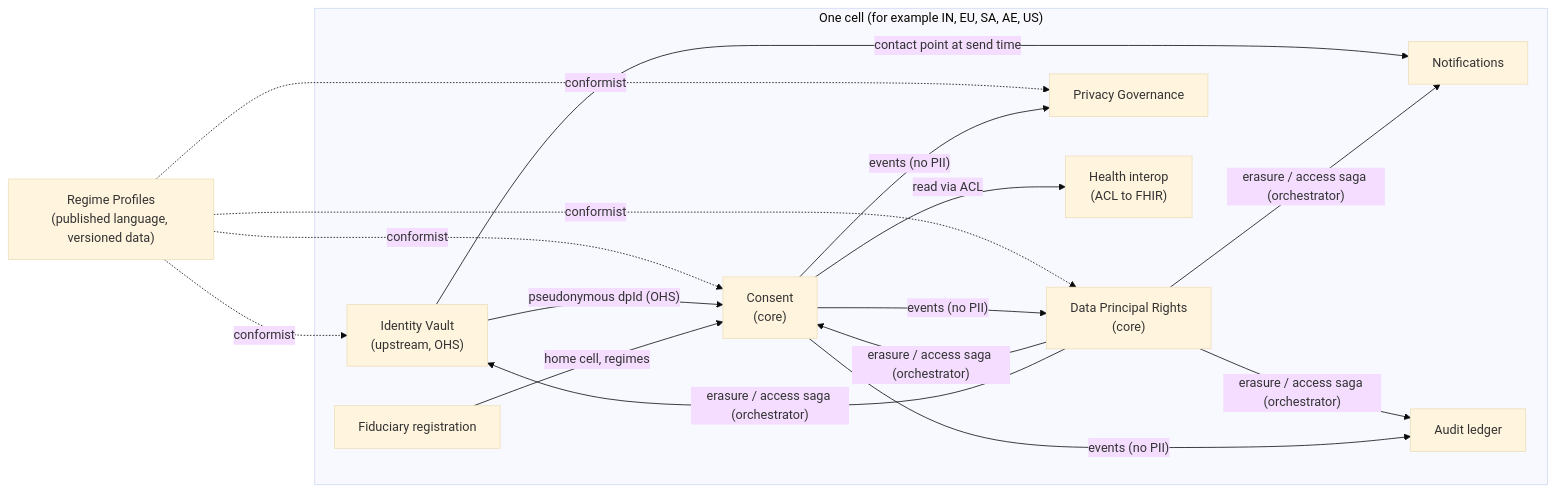
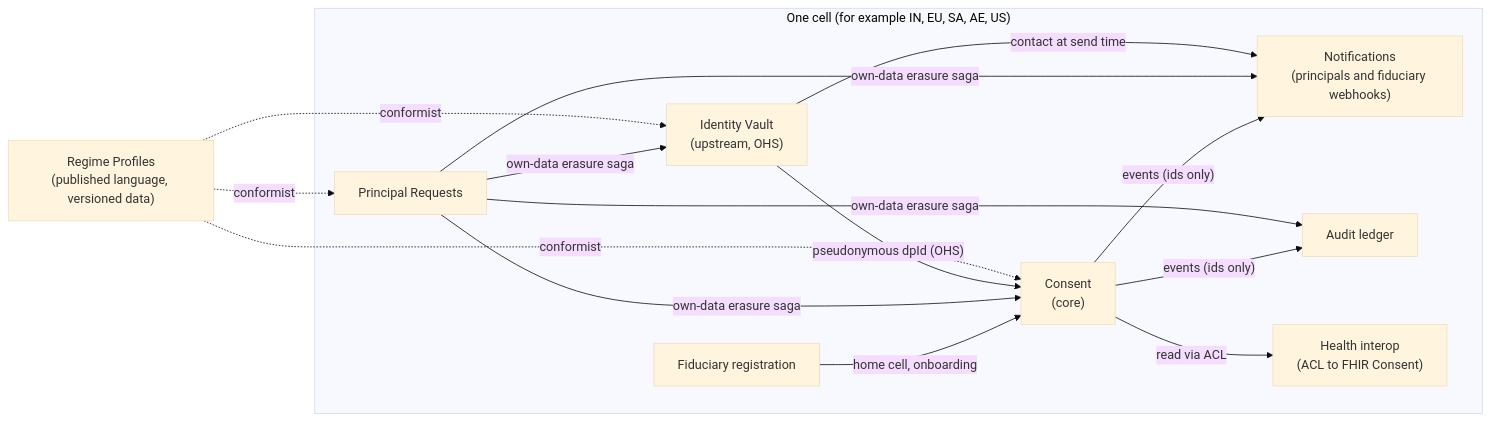
One commit to techeazyhq-cpu/consent-manager changed the first of 3 diagrams in docs/compliance/compliance-architecture.md. Above: the diagram before and after it, drawn with Mermaid (base theme). The commit also changed other lines of this file and 13 other files, not shown here.

````diff
--- a/docs/compliance/compliance-architecture.md
+++ b/docs/compliance/compliance-architecture.md
@@ -122,21 +139,20 @@
 ```mermaid
 flowchart LR
   subgraph Cell["One cell (for example IN, EU, SA, AE, US)"]
     VLT["Identity Vault<br/>(upstream, OHS)"]
     CNS["Consent<br/>(core)"]
-    DSR["Data Principal Rights<br/>(core)"]
-    GOV["Privacy Governance"]
-    NTF["Notifications"]
+    REQ["Principal Requests"]
+    NTF["Notifications<br/>(principals and fiduciary webhooks)"]
     AUD["Audit ledger"]
-    FHIR["Health interop<br/>(ACL to FHIR)"]
+    FHIR["Health interop<br/>(ACL to FHIR Consent)"]
     DFR["Fiduciary registration"]
   end
   REG["Regime Profiles<br/>(published language, versioned data)"]
-  REG -. conformist .-> CNS & DSR & GOV & VLT
+  REG -. conformist .-> CNS & REQ & VLT
   VLT -- "pseudonymous dpId (OHS)" --> CNS
-  VLT -- "contact point at send time" --> NTF
-  DSR -- "erasure / access saga (orchestrator)" --> CNS & VLT & NTF & AUD
-  CNS -- events (no PII) --> AUD & DSR & GOV
+  VLT -- "contact at send time" --> NTF
+  REQ -- "own-data erasure saga" --> CNS & VLT & NTF & AUD
+  CNS -- "events (ids only)" --> AUD & NTF
   CNS -- "read via ACL" --> FHIR
-  DFR -- "home cell, regimes" --> CNS
+  DFR -- "home cell, onboarding" --> CNS
 ```
````
